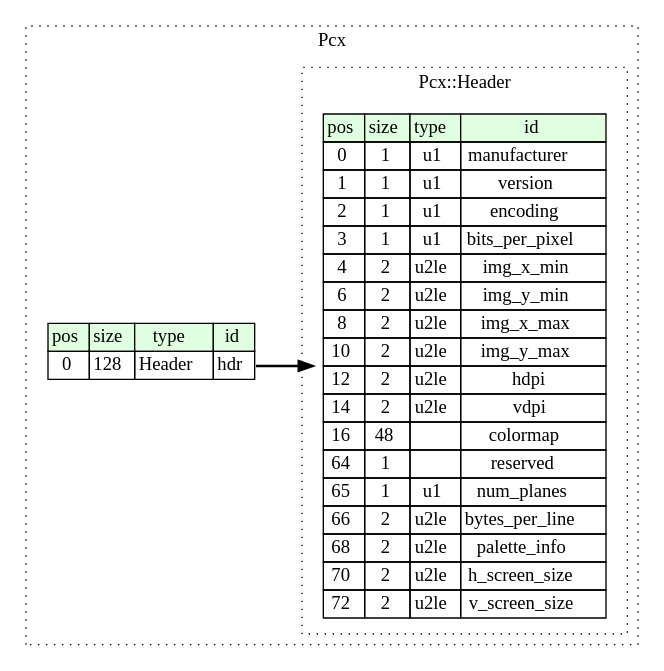
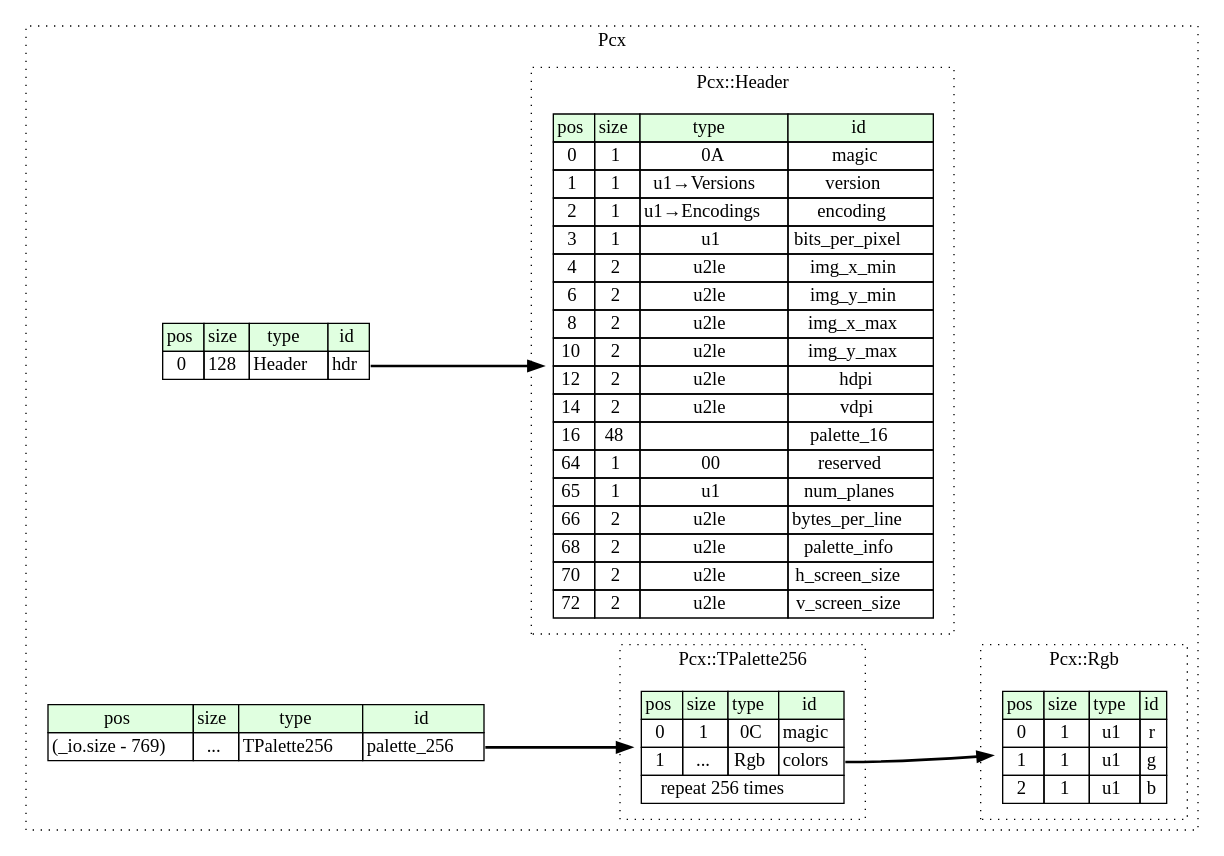
One commit to kaitai-io/formats-kaitai-io.github.io changed the diagram in pcx/src/graphviz/pcx.dot. Above: the diagram before and after it, drawn with Graphviz. The commit also changed 440 other files, not shown here.

```diff
--- a/pcx/src/graphviz/pcx.dot
+++ b/pcx/src/graphviz/pcx.dot
@@ -1,39 +1,67 @@
 digraph {
 	rankdir=LR;
 	node [shape=plaintext];
 	subgraph cluster__pcx {
 		label="Pcx";
 		graph[style=dotted];
 
 		pcx__seq [label=<<TABLE BORDER="0" CELLBORDER="1" CELLSPACING="0">
 			<TR><TD BGCOLOR="#E0FFE0">pos</TD><TD BGCOLOR="#E0FFE0">size</TD><TD BGCOLOR="#E0FFE0">type</TD><TD BGCOLOR="#E0FFE0">id</TD></TR>
 			<TR><TD PORT="hdr_pos">0</TD><TD PORT="hdr_size">128</TD><TD>Header</TD><TD PORT="hdr_type">hdr</TD></TR>
 		</TABLE>>];
+		pcx__inst__palette_256 [label=<<TABLE BORDER="0" CELLBORDER="1" CELLSPACING="0">
+			<TR><TD BGCOLOR="#E0FFE0">pos</TD><TD BGCOLOR="#E0FFE0">size</TD><TD BGCOLOR="#E0FFE0">type</TD><TD BGCOLOR="#E0FFE0">id</TD></TR>
+			<TR><TD PORT="palette_256_pos">(_io.size - 769)</TD><TD PORT="palette_256_size">...</TD><TD>TPalette256</TD><TD PORT="palette_256_type">palette_256</TD></TR>
+		</TABLE>>];
 		subgraph cluster__header {
 			label="Pcx::Header";
 			graph[style=dotted];
 
 			header__seq [label=<<TABLE BORDER="0" CELLBORDER="1" CELLSPACING="0">
 				<TR><TD BGCOLOR="#E0FFE0">pos</TD><TD BGCOLOR="#E0FFE0">size</TD><TD BGCOLOR="#E0FFE0">type</TD><TD BGCOLOR="#E0FFE0">id</TD></TR>
-				<TR><TD PORT="manufacturer_pos">0</TD><TD PORT="manufacturer_size">1</TD><TD>u1</TD><TD PORT="manufacturer_type">manufacturer</TD></TR>
-				<TR><TD PORT="version_pos">1</TD><TD PORT="version_size">1</TD><TD>u1</TD><TD PORT="version_type">version</TD></TR>
-				<TR><TD PORT="encoding_pos">2</TD><TD PORT="encoding_size">1</TD><TD>u1</TD><TD PORT="encoding_type">encoding</TD></TR>
+				<TR><TD PORT="magic_pos">0</TD><TD PORT="magic_size">1</TD><TD>0A</TD><TD PORT="magic_type">magic</TD></TR>
+				<TR><TD PORT="version_pos">1</TD><TD PORT="version_size">1</TD><TD>u1→Versions</TD><TD PORT="version_type">version</TD></TR>
+				<TR><TD PORT="encoding_pos">2</TD><TD PORT="encoding_size">1</TD><TD>u1→Encodings</TD><TD PORT="encoding_type">encoding</TD></TR>
 				<TR><TD PORT="bits_per_pixel_pos">3</TD><TD PORT="bits_per_pixel_size">1</TD><TD>u1</TD><TD PORT="bits_per_pixel_type">bits_per_pixel</TD></TR>
 				<TR><TD PORT="img_x_min_pos">4</TD><TD PORT="img_x_min_size">2</TD><TD>u2le</TD><TD PORT="img_x_min_type">img_x_min</TD></TR>
 				<TR><TD PORT="img_y_min_pos">6</TD><TD PORT="img_y_min_size">2</TD><TD>u2le</TD><TD PORT="img_y_min_type">img_y_min</TD></TR>
 				<TR><TD PORT="img_x_max_pos">8</TD><TD PORT="img_x_max_size">2</TD><TD>u2le</TD><TD PORT="img_x_max_type">img_x_max</TD></TR>
 				<TR><TD PORT="img_y_max_pos">10</TD><TD PORT="img_y_max_size">2</TD><TD>u2le</TD><TD PORT="img_y_max_type">img_y_max</TD></TR>
 				<TR><TD PORT="hdpi_pos">12</TD><TD PORT="hdpi_size">2</TD><TD>u2le</TD><TD PORT="hdpi_type">hdpi</TD></TR>
 				<TR><TD PORT="vdpi_pos">14</TD><TD PORT="vdpi_size">2</TD><TD>u2le</TD><TD PORT="vdpi_type">vdpi</TD></TR>
-				<TR><TD PORT="colormap_pos">16</TD><TD PORT="colormap_size">48</TD><TD></TD><TD PORT="colormap_type">colormap</TD></TR>
-				<TR><TD PORT="reserved_pos">64</TD><TD PORT="reserved_size">1</TD><TD></TD><TD PORT="reserved_type">reserved</TD></TR>
+				<TR><TD PORT="palette_16_pos">16</TD><TD PORT="palette_16_size">48</TD><TD></TD><TD PORT="palette_16_type">palette_16</TD></TR>
+				<TR><TD PORT="reserved_pos">64</TD><TD PORT="reserved_size">1</TD><TD>00</TD><TD PORT="reserved_type">reserved</TD></TR>
 				<TR><TD PORT="num_planes_pos">65</TD><TD PORT="num_planes_size">1</TD><TD>u1</TD><TD PORT="num_planes_type">num_planes</TD></TR>
 				<TR><TD PORT="bytes_per_line_pos">66</TD><TD PORT="bytes_per_line_size">2</TD><TD>u2le</TD><TD PORT="bytes_per_line_type">bytes_per_line</TD></TR>
 				<TR><TD PORT="palette_info_pos">68</TD><TD PORT="palette_info_size">2</TD><TD>u2le</TD><TD PORT="palette_info_type">palette_info</TD></TR>
 				<TR><TD PORT="h_screen_size_pos">70</TD><TD PORT="h_screen_size_size">2</TD><TD>u2le</TD><TD PORT="h_screen_size_type">h_screen_size</TD></TR>
 				<TR><TD PORT="v_screen_size_pos">72</TD><TD PORT="v_screen_size_size">2</TD><TD>u2le</TD><TD PORT="v_screen_size_type">v_screen_size</TD></TR>
 			</TABLE>>];
 		}
+		subgraph cluster__t_palette_256 {
+			label="Pcx::TPalette256";
+			graph[style=dotted];
+
+			t_palette_256__seq [label=<<TABLE BORDER="0" CELLBORDER="1" CELLSPACING="0">
+				<TR><TD BGCOLOR="#E0FFE0">pos</TD><TD BGCOLOR="#E0FFE0">size</TD><TD BGCOLOR="#E0FFE0">type</TD><TD BGCOLOR="#E0FFE0">id</TD></TR>
+				<TR><TD PORT="magic_pos">0</TD><TD PORT="magic_size">1</TD><TD>0C</TD><TD PORT="magic_type">magic</TD></TR>
+				<TR><TD PORT="colors_pos">1</TD><TD PORT="colors_size">...</TD><TD>Rgb</TD><TD PORT="colors_type">colors</TD></TR>
+				<TR><TD COLSPAN="4" PORT="colors__repeat">repeat 256 times</TD></TR>
+			</TABLE>>];
+		}
+		subgraph cluster__rgb {
+			label="Pcx::Rgb";
+			graph[style=dotted];
+
+			rgb__seq [label=<<TABLE BORDER="0" CELLBORDER="1" CELLSPACING="0">
+				<TR><TD BGCOLOR="#E0FFE0">pos</TD><TD BGCOLOR="#E0FFE0">size</TD><TD BGCOLOR="#E0FFE0">type</TD><TD BGCOLOR="#E0FFE0">id</TD></TR>
+				<TR><TD PORT="r_pos">0</TD><TD PORT="r_size">1</TD><TD>u1</TD><TD PORT="r_type">r</TD></TR>
+				<TR><TD PORT="g_pos">1</TD><TD PORT="g_size">1</TD><TD>u1</TD><TD PORT="g_type">g</TD></TR>
+				<TR><TD PORT="b_pos">2</TD><TD PORT="b_size">1</TD><TD>u1</TD><TD PORT="b_type">b</TD></TR>
+			</TABLE>>];
+		}
 	}
 	pcx__seq:hdr_type -> header__seq [style=bold];
+	pcx__inst__palette_256:palette_256_type -> t_palette_256__seq [style=bold];
+	t_palette_256__seq:colors_type -> rgb__seq [style=bold];
 }
```
